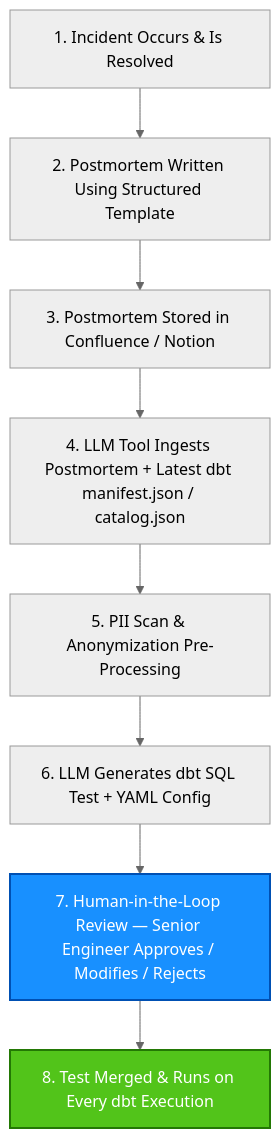
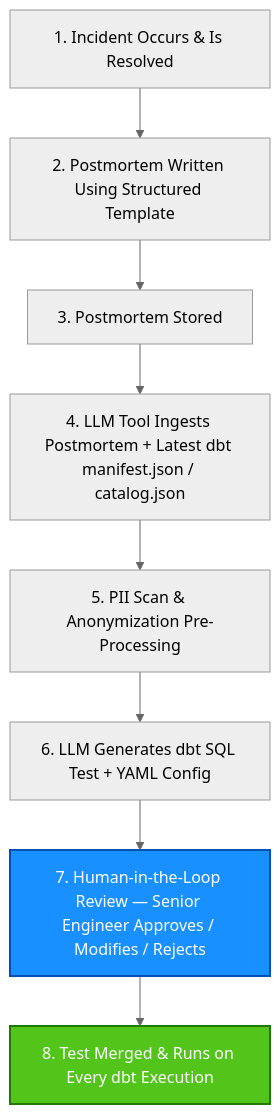
One commit to ricard-alcaraz/webpage changed the second of 3 diagrams in src/content/projects/2026-09-04-bridging-the-gap-turning-incident-knowledge-into-automated-tests.md. Above: the diagram before and after it, drawn with Mermaid (neutral theme). The commit also changed 1 other file, not shown here.

````diff
--- a/src/content/projects/2026-09-04-bridging-the-gap-turning-incident-knowledge-into-automated-tests.md
+++ b/src/content/projects/2026-09-04-bridging-the-gap-turning-incident-knowledge-into-automated-tests.md
@@ -60,13 +60,13 @@
 ```mermaid
 flowchart TD
     S1[1. Incident Occurs & Is Resolved] --> S2[2. Postmortem Written Using Structured Template]
-    S2 --> S3[3. Postmortem Stored in Confluence / Notion]
+    S2 --> S3[3. Postmortem Stored]
     S3 --> S4[4. LLM Tool Ingests Postmortem + Latest dbt manifest.json / catalog.json]
     S4 --> S5[5. PII Scan & Anonymization Pre-Processing]
     S5 --> S6[6. LLM Generates dbt SQL Test + YAML Config]
     S6 --> S7[7. Human-in-the-Loop Review — Senior Engineer Approves / Modifies / Rejects]
     S7 --> S8[8. Test Merged & Runs on Every dbt Execution]
 
     style S7 fill:#1890ff,stroke:#0050b3,stroke-width:2px,color:#fff
     style S8 fill:#52c41a,stroke:#237804,stroke-width:2px,color:#fff
 ```
````
